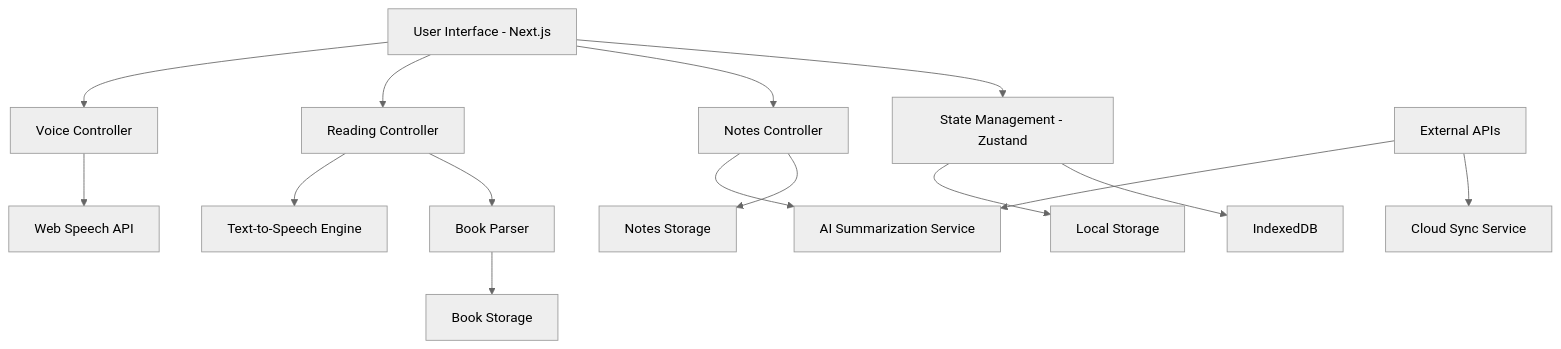
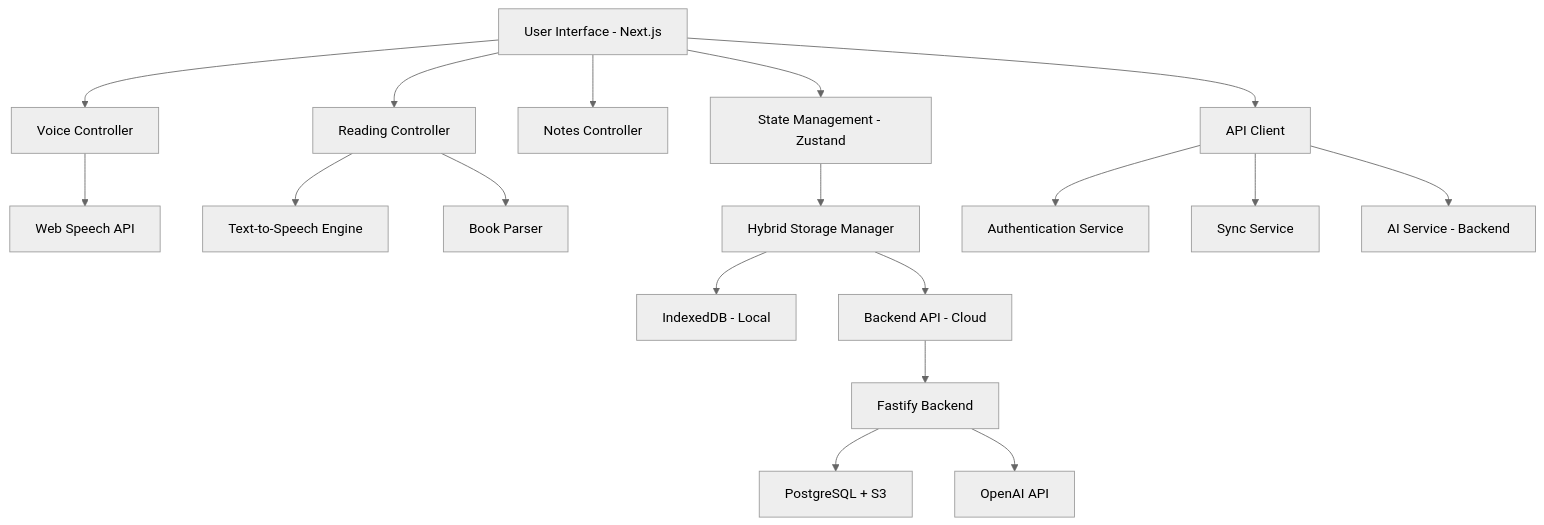
Before and after one commit to b4sd/AIRISv2: the diagram in .kiro/specs/voice-reading-app/design.md, drawn with Mermaid (neutral theme). The commit also changed other lines of this file and 12 other files, not shown here.

````diff
--- a/.kiro/specs/voice-reading-app/design.md
+++ b/.kiro/specs/voice-reading-app/design.md
@@ -11,21 +11,25 @@
 ```mermaid
 graph TB
     A[User Interface - Next.js] --> B[Voice Controller]
     A --> C[Reading Controller]
     A --> D[Notes Controller]
+    A --> E[API Client]
 
-    B --> E[Web Speech API]
-    C --> F[Text-to-Speech Engine]
-    C --> G[Book Parser]
-    D --> H[AI Summarization Service]
+    B --> F[Web Speech API]
+    C --> G[Text-to-Speech Engine]
+    C --> H[Book Parser]
 
     A --> I[State Management - Zustand]
-    I --> J[Local Storage]
-    I --> K[IndexedDB]
+    I --> J[Hybrid Storage Manager]
 
-    G --> L[Book Storage]
-    D --> M[Notes Storage]
+    J --> K[IndexedDB - Local]
+    J --> L[Backend API - Cloud]
 
-    N[External APIs] --> H
-    N --> O[Cloud Sync Service]
+    E --> M[Authentication Service]
+    E --> N[Sync Service]
+    E --> O[AI Service - Backend]
+
+    L --> P[Fastify Backend]
+    P --> Q[PostgreSQL + S3]
+    P --> R[OpenAI API]
 ```
````
